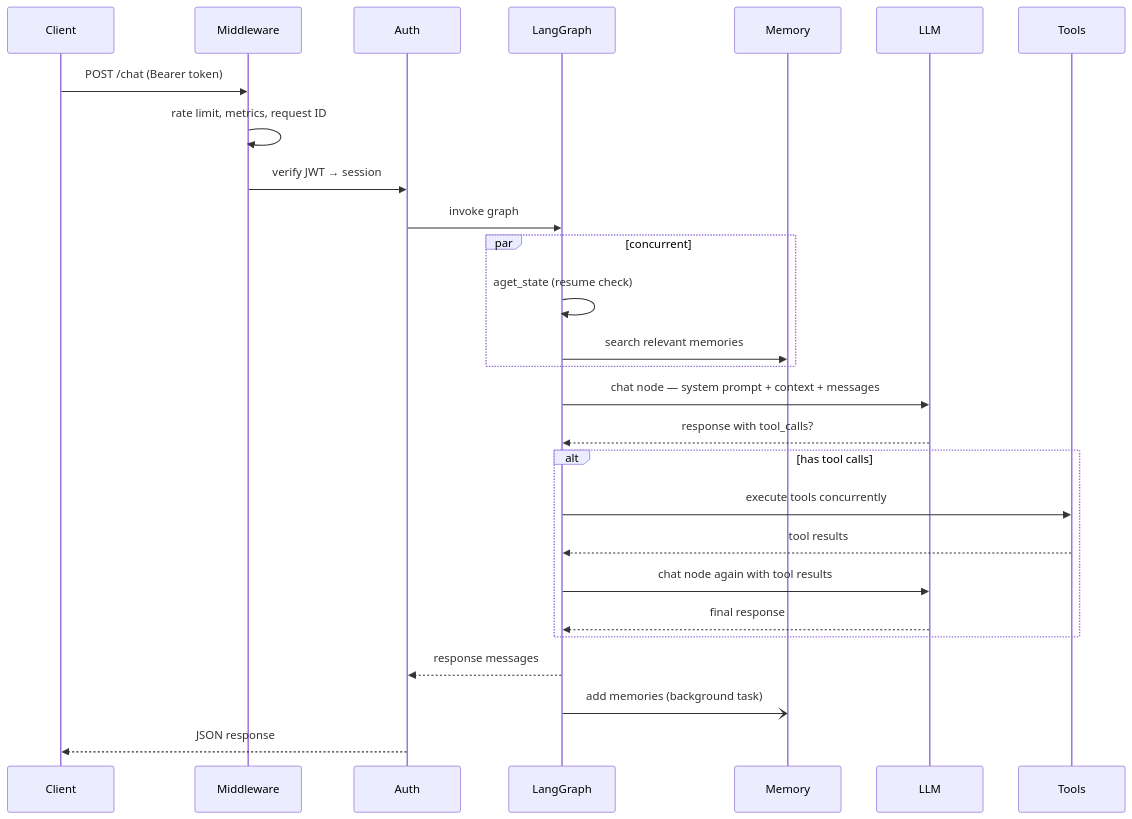
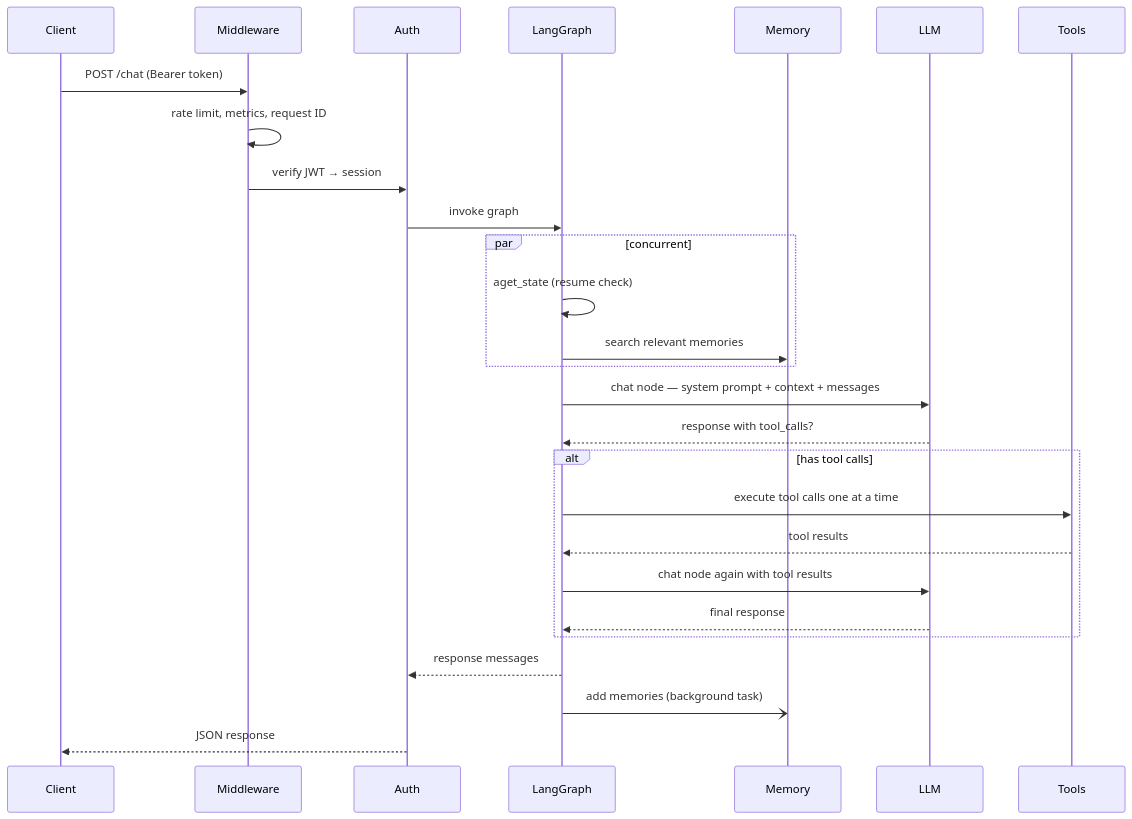
Before and after one commit to osama-sprints/sprint-flow: the second of 3 diagrams in ai-core/docs/architecture.md, drawn with Mermaid. The commit also changed other lines of this file and 22 other files, not shown here.

````diff
--- a/ai-core/docs/architecture.md
+++ b/ai-core/docs/architecture.md
@@ -52,34 +52,34 @@
 ```mermaid
 sequenceDiagram
     participant C as Client
     participant MW as Middleware
     participant A as Auth
     participant G as LangGraph
     participant Mem as Memory
     participant L as LLM
     participant T as Tools
 
     C->>MW: POST /chat (Bearer token)
     MW->>MW: rate limit, metrics, request ID
     MW->>A: verify JWT → session
     A->>G: invoke graph
 
     par concurrent
         G->>G: aget_state (resume check)
         G->>Mem: search relevant memories
     end
 
     G->>L: chat node — system prompt + context + messages
     L-->>G: response with tool_calls?
 
     alt has tool calls
-        G->>T: execute tools concurrently
+        G->>T: execute tool calls one at a time
         T-->>G: tool results
         G->>L: chat node again with tool results
         L-->>G: final response
     end
 
     G-->>A: response messages
     G-)Mem: add memories (background task)
     A-->>C: JSON response
 ```
````
